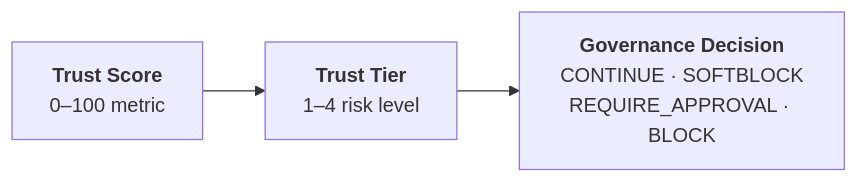
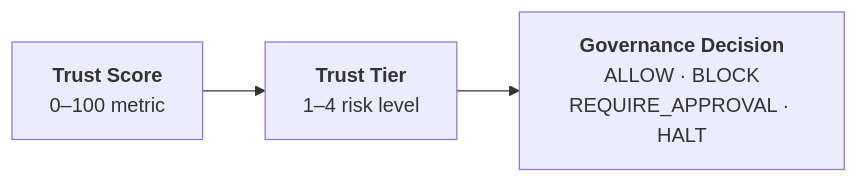
Before and after one commit to OpenBox-AI/openbox-document: the diagram in website/docs/core-concepts/index.md, drawn with Mermaid. The commit also changed 2 other files, not shown here.

Commit message:
Fix governance terminology, optimize sitemap, and activate production headers
- Fix CONTINUE/SOFTBLOCK to canonical ALLOW/HALT in core-concepts diagram
- Add sitemap config: lastmod dates, exclude /tags/** and /search, drop
  deprecated changefreq/priority
- Move vercel.json into website/ so headers apply in Vercel builds
- Add Strict-Transport-Security header with preload
- Add Cache-Control for /img/* assets (24h + 7d stale-while-revalidate)

````diff
--- a/website/docs/core-concepts/index.md
+++ b/website/docs/core-concepts/index.md
@@ -24,5 +24,5 @@
 ```mermaid
 flowchart LR
     scores["<b>Trust Score</b><br/>0–100 metric"] --> tiers["<b>Trust Tier</b><br/>1–4 risk level"]
-    tiers --> decisions["<b>Governance Decision</b><br/>CONTINUE · SOFTBLOCK<br/>REQUIRE_APPROVAL · BLOCK"]
+    tiers --> decisions["<b>Governance Decision</b><br/>ALLOW · BLOCK<br/>REQUIRE_APPROVAL · HALT"]
 ```
````
